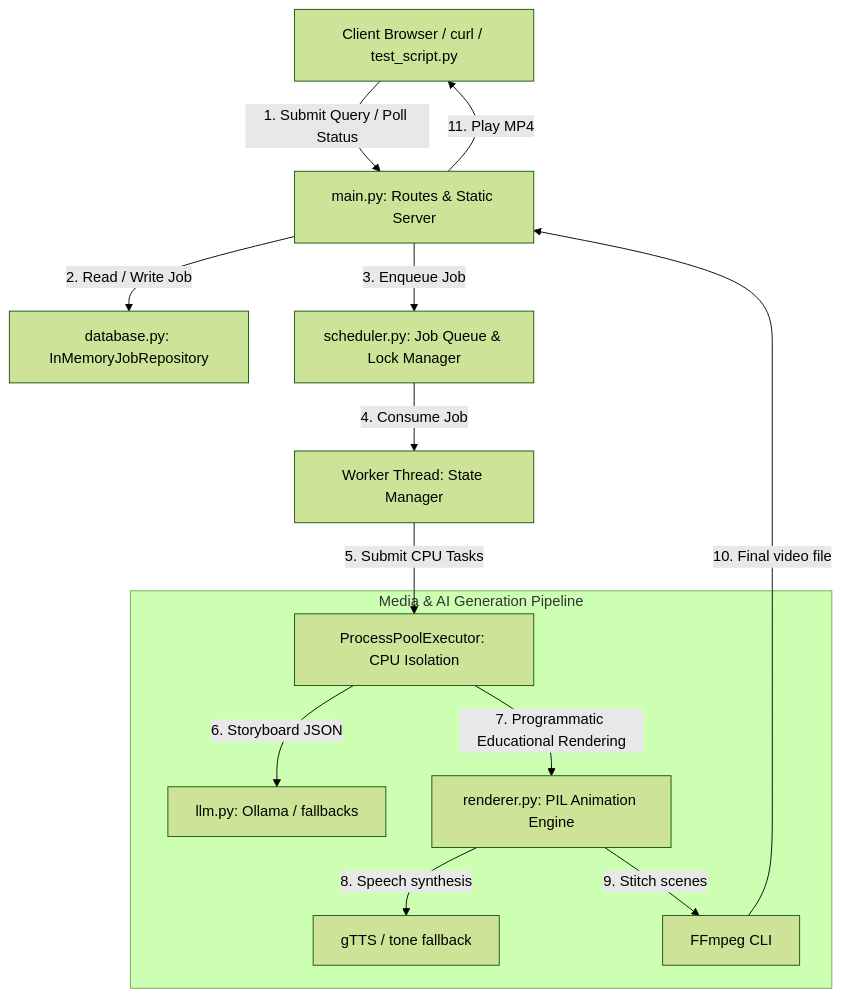
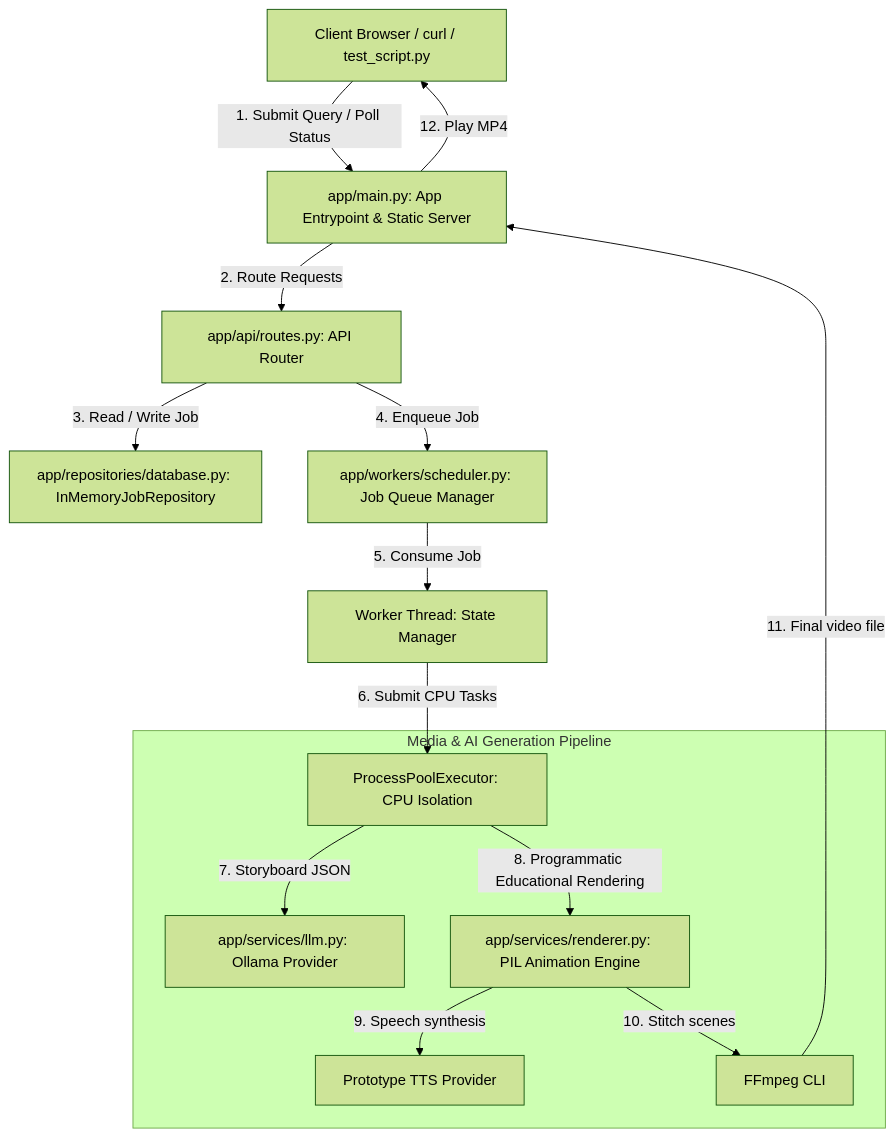
Before and after one commit to ManikumarPokala/growtrics-ai-video-request-service: the second of 7 diagrams in IMPLEMENTATION_PLAN.md, drawn with Mermaid (forest theme). The commit also changed other lines of this file, not shown here.

Commit message:
docs: update implementation plan to reflect modular project restructuring and architectural refinements

````diff
--- a/IMPLEMENTATION_PLAN.md
+++ b/IMPLEMENTATION_PLAN.md
@@ -268,18 +268,19 @@
 ```mermaid
 graph TD
-    Client[Client Browser / curl / test_script.py] -->|1. Submit Query / Poll Status| main[main.py: Routes & Static Server]
-    main -->|2. Read / Write Job| db[database.py: InMemoryJobRepository]
-    main -->|3. Enqueue Job| scheduler[scheduler.py: Job Queue & Lock Manager]
-    scheduler -->|4. Consume Job| worker[Worker Thread: State Manager]
-    worker -->|5. Submit CPU Tasks| executor[ProcessPoolExecutor: CPU Isolation]
+    Client[Client Browser / curl / test_script.py] -->|1. Submit Query / Poll Status| main[app/main.py: App Entrypoint & Static Server]
+    main -->|2. Route Requests| routes[app/api/routes.py: API Router]
+    routes -->|3. Read / Write Job| db[app/repositories/database.py: InMemoryJobRepository]
+    routes -->|4. Enqueue Job| scheduler[app/workers/scheduler.py: Job Queue Manager]
+    scheduler -->|5. Consume Job| worker[Worker Thread: State Manager]
+    worker -->|6. Submit CPU Tasks| executor[ProcessPoolExecutor: CPU Isolation]
 
     subgraph Media & AI Generation Pipeline
-        executor -->|6. Storyboard JSON| llm[llm.py: Ollama / fallbacks]
-        executor -->|7. Programmatic Educational Rendering| renderer[renderer.py: PIL Animation Engine]
-        renderer -->|8. Speech synthesis| gtts[gTTS / tone fallback]
-        renderer -->|9. Stitch scenes| ffmpeg[FFmpeg CLI]
+        executor -->|7. Storyboard JSON| llm[app/services/llm.py: Ollama Provider]
+        executor -->|8. Programmatic Educational Rendering| renderer[app/services/renderer.py: PIL Animation Engine]
+        renderer -->|9. Speech synthesis| gtts[Prototype TTS Provider]
+        renderer -->|10. Stitch scenes| ffmpeg[FFmpeg CLI]
     end
 
-    ffmpeg -->|10. Final video file| main
-    main -->|11. Play MP4| Client
+    ffmpeg -->|11. Final video file| main
+    main -->|12. Play MP4| Client
 ```
````
